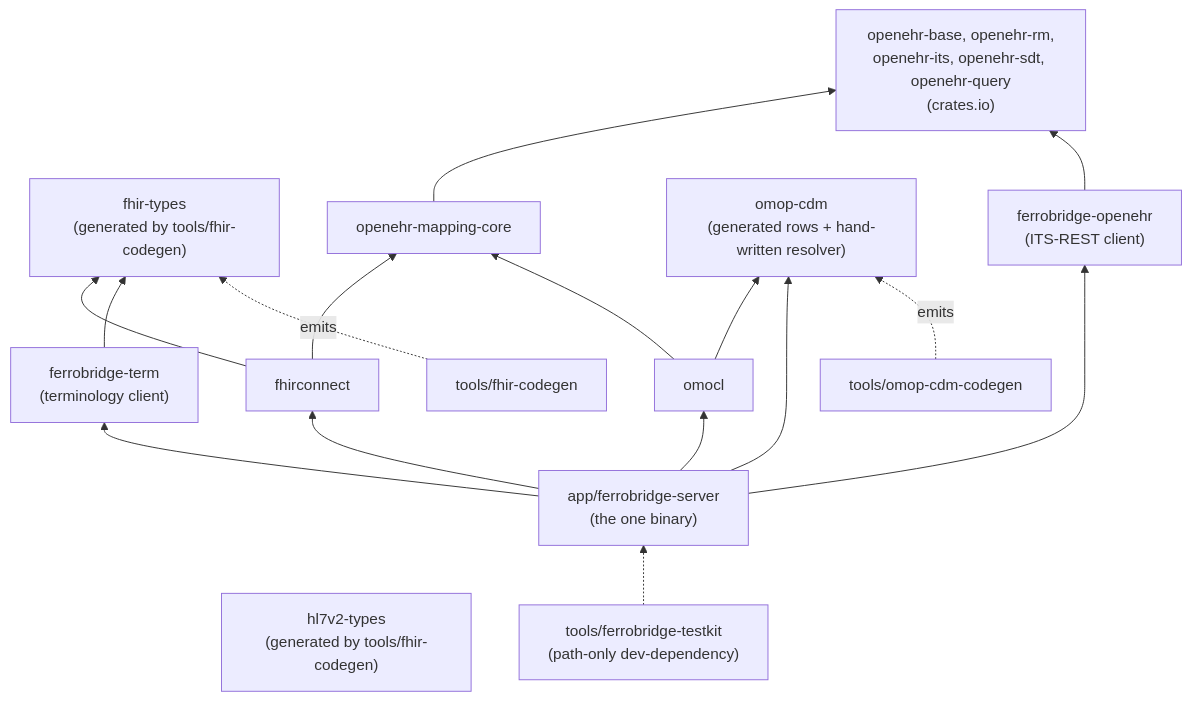
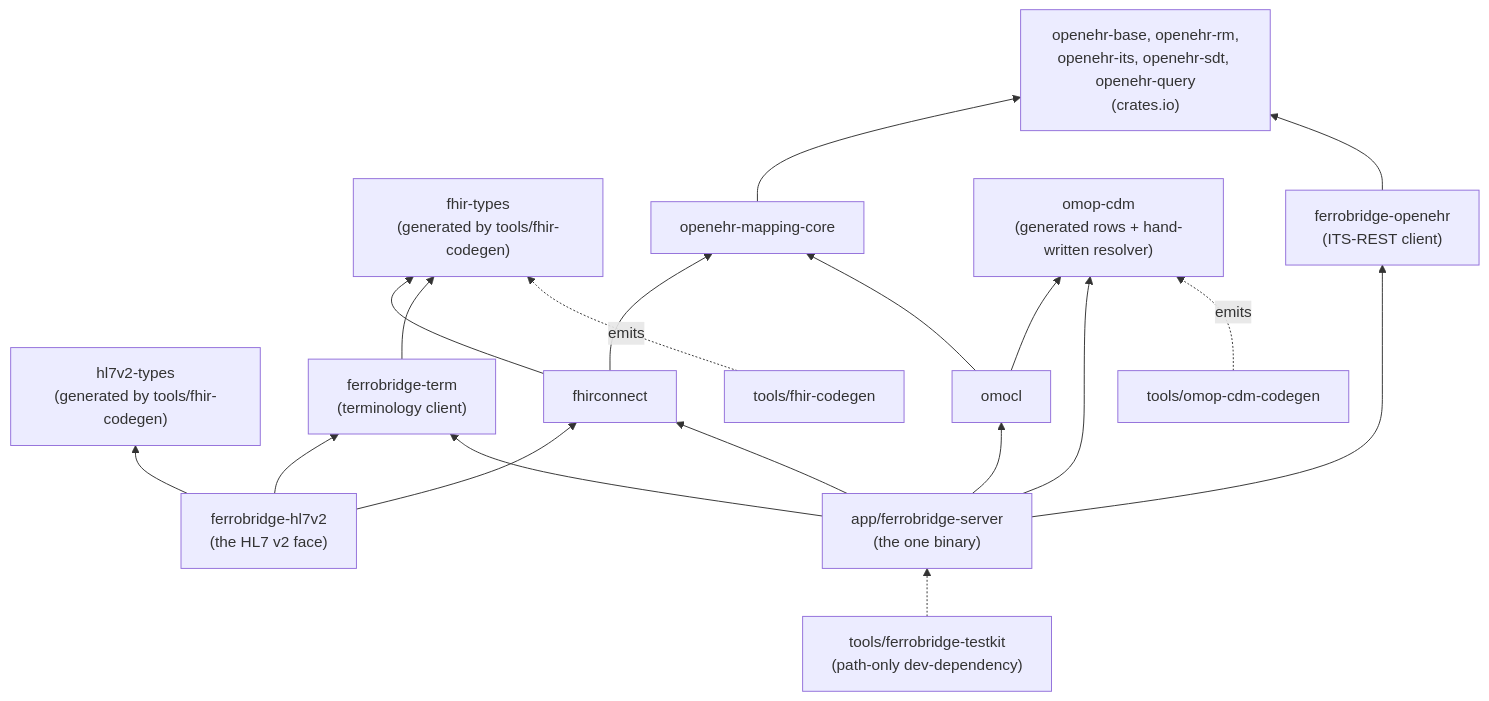
Before and after one commit to rubentalstra/FerroBRIDGE: the eighth of 10 diagrams in docs/architecture.md, drawn with Mermaid. The commit also changed other lines of this file and 41 other files, not shown here.

````diff
--- a/docs/architecture.md
+++ b/docs/architecture.md
@@ -1168,22 +1169,25 @@
 ```mermaid
 flowchart BT
     FT["fhir-types<br/>(generated by tools/fhir-codegen)"]
     HV["hl7v2-types<br/>(generated by tools/fhir-codegen)"]
     OE["openehr-base, openehr-rm,<br/>openehr-its, openehr-sdt, openehr-query<br/>(crates.io)"]
     MC["openehr-mapping-core"] --> OE
     FC["fhirconnect"] --> MC
     FC --> FT
     OM["omocl"] --> MC
     OC["omop-cdm<br/>(generated rows + hand-written resolver)"]
     OM --> OC
     CL["ferrobridge-openehr<br/>(ITS-REST client)"] --> OE
     TC["ferrobridge-term<br/>(terminology client)"] --> FT
+    HL["ferrobridge-hl7v2<br/>(the HL7 v2 face)"] --> HV
+    HL --> FC
+    HL --> TC
     SV["app/ferrobridge-server<br/>(the one binary)"] --> FC
     SV --> OM
     SV --> OC
     SV --> CL
     SV --> TC
     TK["tools/ferrobridge-testkit<br/>(path-only dev-dependency)"] -.-> SV
     CG["tools/fhir-codegen"] -.->|"emits"| FT
     OG["tools/omop-cdm-codegen"] -.->|"emits"| OC
 ```
````
